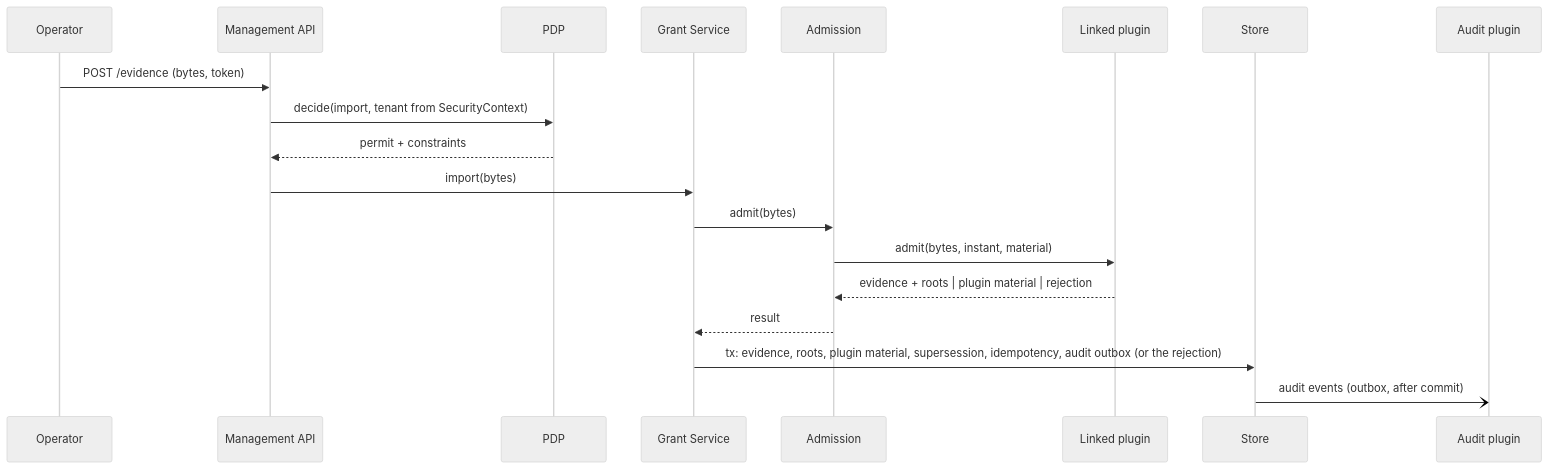
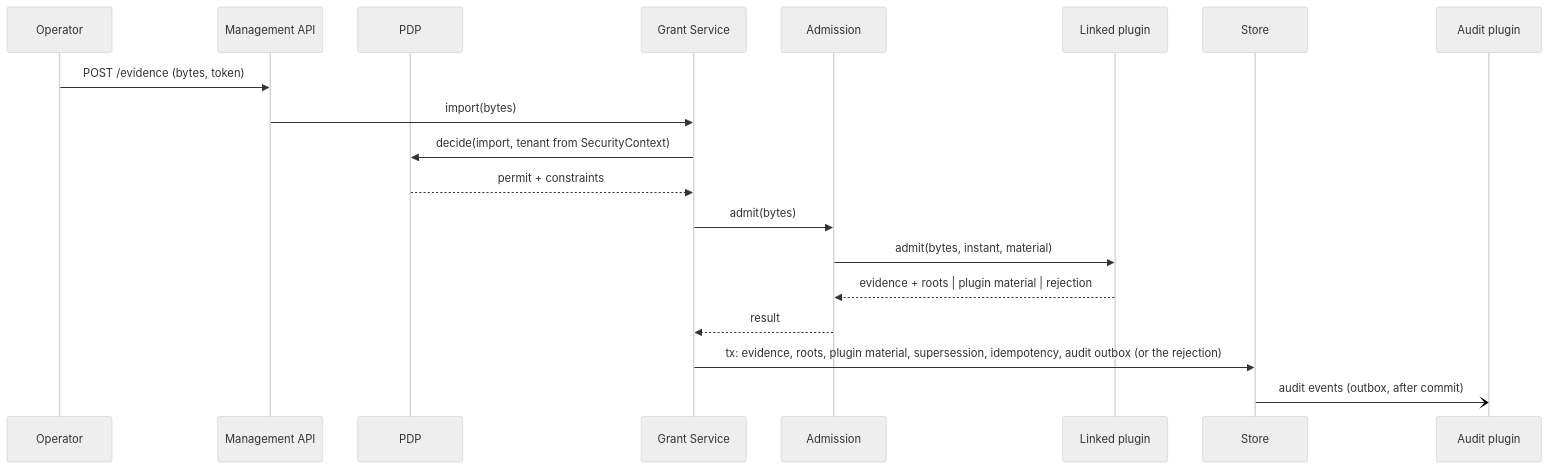
One commit to constructorfabric/gears-rust changed the fifth of 5 diagrams in gears/system/license-enforcement/docs/DESIGN.md. Above: the diagram before and after it, drawn with Mermaid (neutral theme). The commit also changed other lines of this file and 53 other files, not shown here.

````diff
--- a/gears/system/license-enforcement/docs/DESIGN.md
+++ b/gears/system/license-enforcement/docs/DESIGN.md
@@ -920,21 +925,21 @@
 ```mermaid
 sequenceDiagram
     participant O as Operator
     participant API as Management API
     participant P as PDP
     participant G as Grant Service
     participant AD as Admission
     participant PL as Linked plugin
     participant S as Store
     participant AU as Audit plugin
     O ->> API: POST /evidence (bytes, token)
-    API ->> P: decide(import, tenant from SecurityContext)
-    P -->> API: permit + constraints
     API ->> G: import(bytes)
+    G ->> P: decide(import, tenant from SecurityContext)
+    P -->> G: permit + constraints
     G ->> AD: admit(bytes)
     AD ->> PL: admit(bytes, instant, material)
     PL -->> AD: evidence + roots | plugin material | rejection
     AD -->> G: result
     G ->> S: tx: evidence, roots, plugin material, supersession, idempotency, audit outbox (or the rejection)
     S -) AU: audit events (outbox, after commit)
 ```
````
